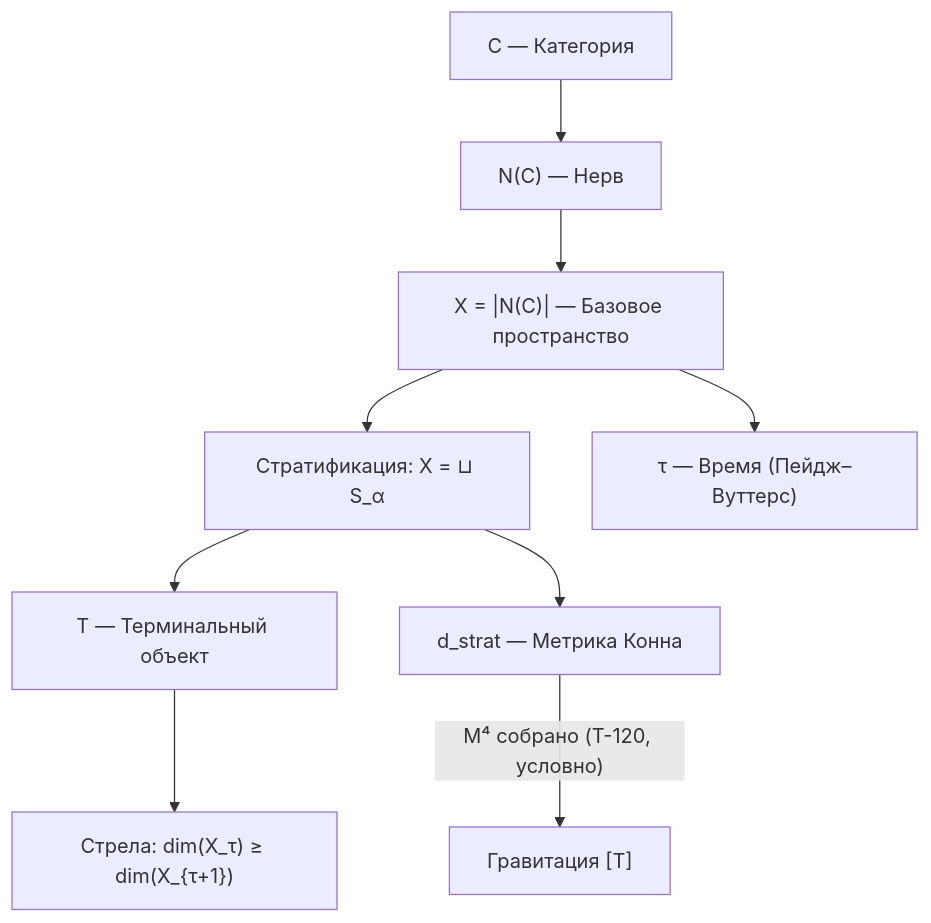
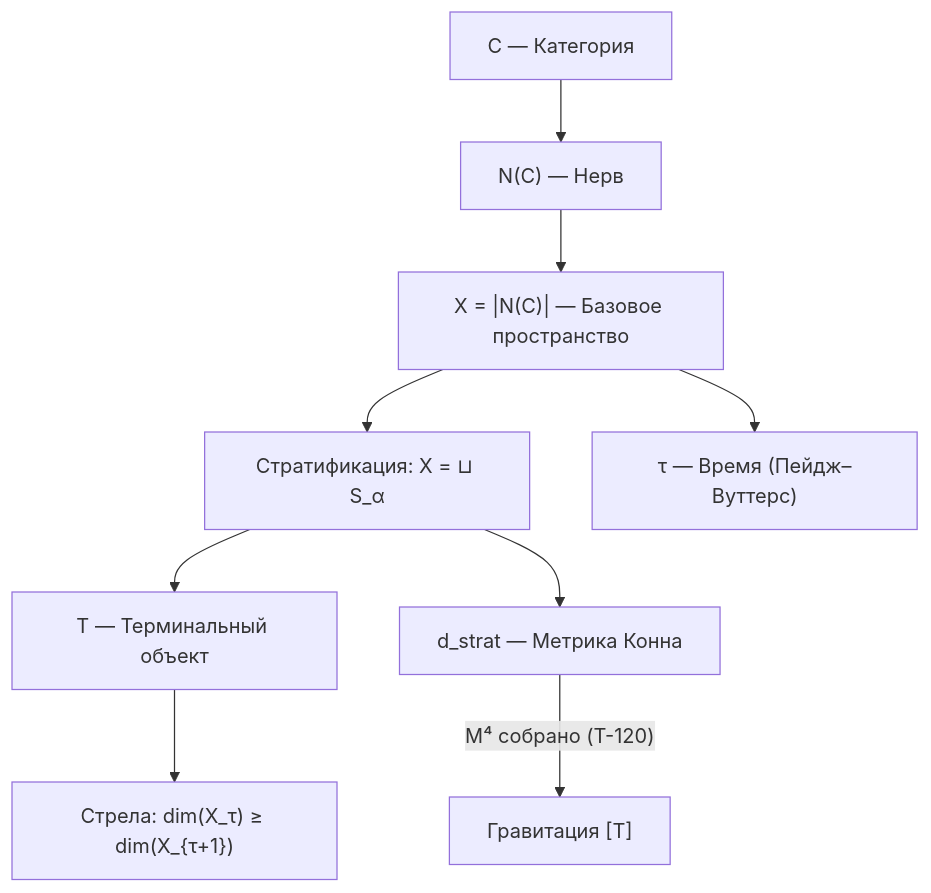
The diagram in website/i18n/ru/docusaurus-plugin-content-docs/current/core/foundations/spacetime.md (gst-st/uhm), drawn with Mermaid before and after one commit. The commit also changed other lines of this file and 45 other files, not shown here.

````diff
--- a/website/i18n/ru/docusaurus-plugin-content-docs/current/core/foundations/spacetime.md
+++ b/website/i18n/ru/docusaurus-plugin-content-docs/current/core/foundations/spacetime.md
@@ -426,21 +426,21 @@
 ```mermaid
 graph TD
  C["C — Категория"]
  N["N#40;C#41; — Нерв"]
  X["X = |N#40;C#41;| — Базовое пространство"]
  STRAT["Стратификация: X = ⊔ S_α"]
  T_OBJ["T — Терминальный объект"]
  DSTRAT["d_strat — Метрика Конна"]
  TIME["τ — Время #40;Пейдж–Вуттерс#41;"]
  ARROW["Стрела: dim#40;X_τ#41; ≥ dim#40;X_{τ+1}#41;"]
  GR["Гравитация #91;Т#93;"]
 
  C --> N
  N --> X
  X --> STRAT
  STRAT --> T_OBJ
  STRAT --> DSTRAT
  X --> TIME
  T_OBJ --> ARROW
- DSTRAT --> |"M⁴ собрано #40;T-120, условно#41;"| GR
+ DSTRAT --> |"M⁴ собрано #40;T-120#41;"| GR
 ```
````
